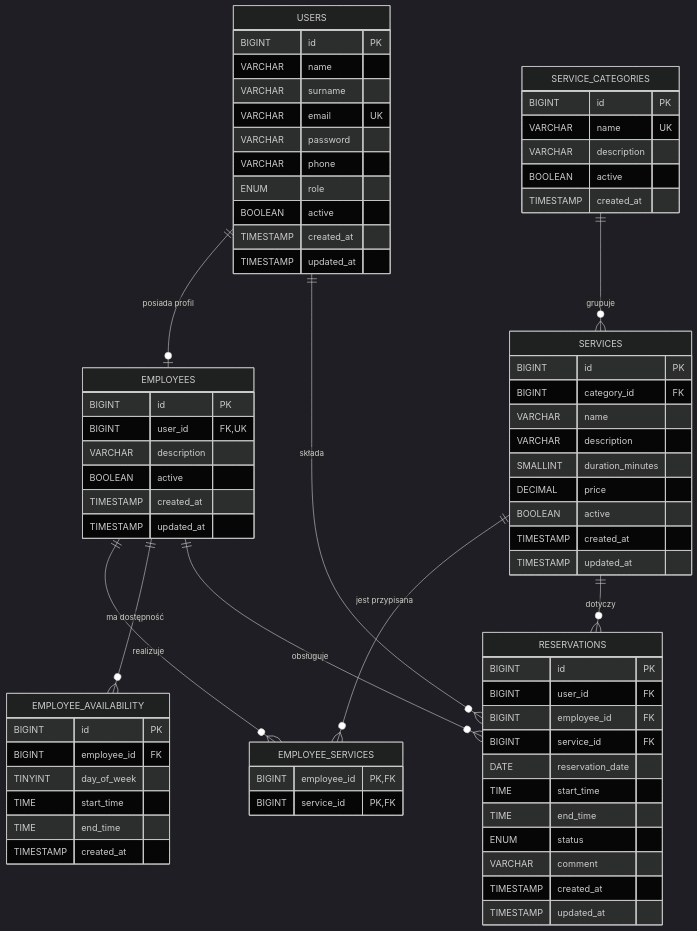
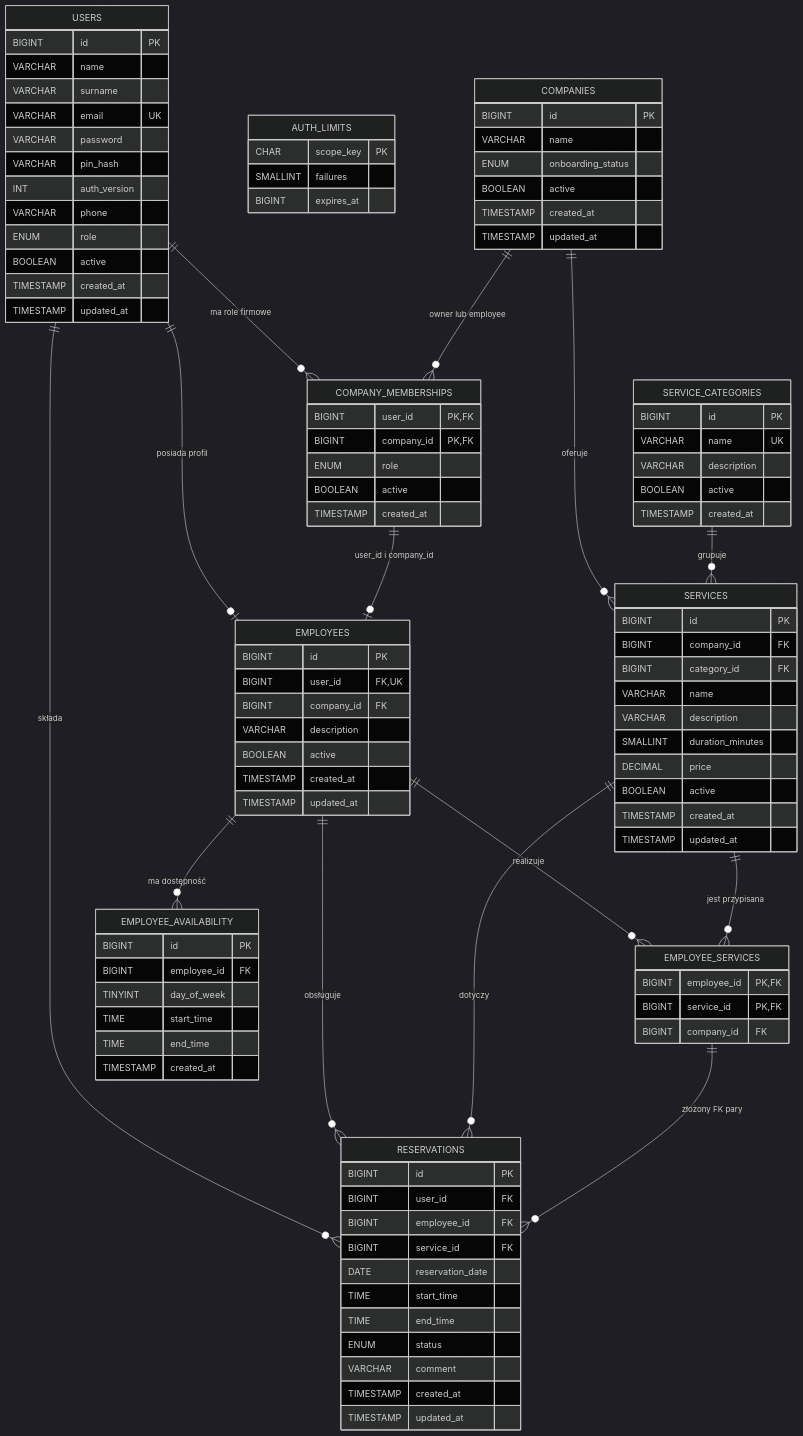
The diagram in docs/ERD.md (Kapikologamer/book.it), drawn with Mermaid (dark theme) before and after one commit. The commit also changed other lines of this file and 4 other files, not shown here.

````diff
--- a/docs/ERD.md
+++ b/docs/ERD.md
@@ -5,11 +5,33 @@
 ```mermaid
 erDiagram
+    COMPANIES {
+        BIGINT id PK
+        VARCHAR name
+        ENUM onboarding_status
+        BOOLEAN active
+        TIMESTAMP created_at
+        TIMESTAMP updated_at
+    }
+    COMPANY_MEMBERSHIPS {
+        BIGINT user_id PK,FK
+        BIGINT company_id PK,FK
+        ENUM role
+        BOOLEAN active
+        TIMESTAMP created_at
+    }
+    AUTH_LIMITS {
+        CHAR scope_key PK
+        SMALLINT failures
+        BIGINT expires_at
+    }
     USERS {
         BIGINT id PK
         VARCHAR name
         VARCHAR surname
         VARCHAR email UK
         VARCHAR password
+        VARCHAR pin_hash
+        INT auth_version
         VARCHAR phone
         ENUM role
         BOOLEAN active
@@ -27,6 +49,7 @@
 
     SERVICES {
         BIGINT id PK
+        BIGINT company_id FK
         BIGINT category_id FK
         VARCHAR name
         VARCHAR description
@@ -40,6 +63,7 @@
     EMPLOYEES {
         BIGINT id PK
         BIGINT user_id FK,UK
+        BIGINT company_id FK
         VARCHAR description
         BOOLEAN active
         TIMESTAMP created_at
@@ -49,6 +73,7 @@
     EMPLOYEE_SERVICES {
         BIGINT employee_id PK,FK
         BIGINT service_id PK,FK
+        BIGINT company_id FK
     }
 
     EMPLOYEE_AVAILABILITY {
@@ -75,6 +100,10 @@
     }
 
     USERS ||--o| EMPLOYEES : "posiada profil"
+    USERS ||--o{ COMPANY_MEMBERSHIPS : "ma role firmowe"
+    COMPANIES ||--o{ COMPANY_MEMBERSHIPS : "owner lub employee"
+    COMPANIES ||--o{ SERVICES : "oferuje"
+    COMPANY_MEMBERSHIPS ||--o| EMPLOYEES : "user_id i company_id"
     SERVICE_CATEGORIES ||--o{ SERVICES : "grupuje"
     EMPLOYEES ||--o{ EMPLOYEE_SERVICES : "realizuje"
     SERVICES ||--o{ EMPLOYEE_SERVICES : "jest przypisana"
@@ -82,4 +111,5 @@
     USERS ||--o{ RESERVATIONS : "składa"
     EMPLOYEES ||--o{ RESERVATIONS : "obsługuje"
     SERVICES ||--o{ RESERVATIONS : "dotyczy"
+    EMPLOYEE_SERVICES ||--o{ RESERVATIONS : "złożony FK pary"
 ```
````
